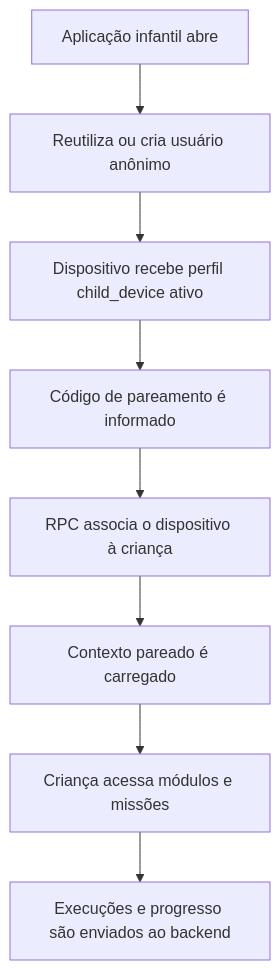
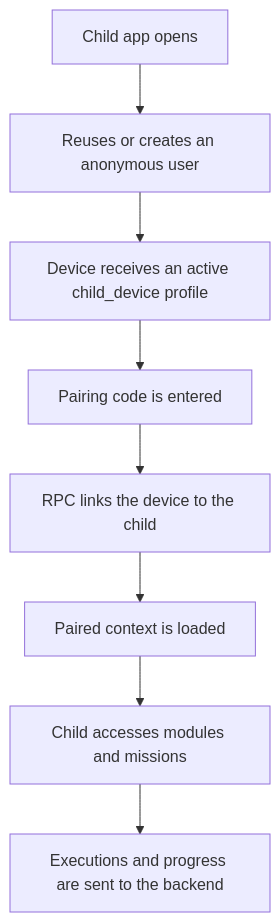
Before and after one commit to Markussdev/CognitaHub: the third of 3 diagrams in docs/ARCHITECTURE.md, drawn with Mermaid. The commit also changed other lines of this file and 15 other files, not shown here.

````diff
--- a/docs/ARCHITECTURE.md
+++ b/docs/ARCHITECTURE.md
@@ -106,10 +170,10 @@
 ```mermaid
 flowchart TD
-    A[Aplicação infantil abre] --> B[Reutiliza ou cria usuário anônimo]
-    B --> C[Dispositivo recebe perfil child_device ativo]
-    C --> D[Código de pareamento é informado]
-    D --> E[RPC associa o dispositivo à criança]
-    E --> F[Contexto pareado é carregado]
-    F --> G[Criança acessa módulos e missões]
-    G --> H[Execuções e progresso são enviados ao backend]
+    A[Child app opens] --> B[Reuses or creates an anonymous user]
+    B --> C[Device receives an active child_device profile]
+    C --> D[Pairing code is entered]
+    D --> E[RPC links the device to the child]
+    E --> F[Paired context is loaded]
+    F --> G[Child accesses modules and missions]
+    G --> H[Executions and progress are sent to the backend]
 ```
````
